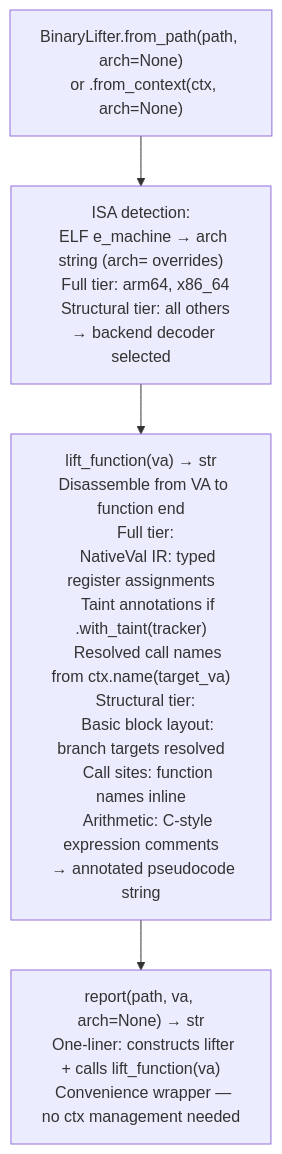
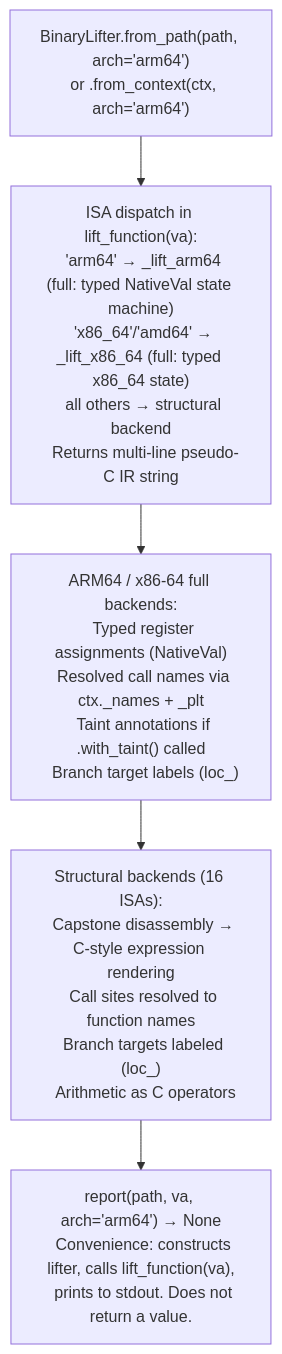
One commit to Ablation-Tool/ablation changed the diagram in docs/reference-modules/binary-lifting.md. Above: the diagram before and after it, drawn with Mermaid. The commit also changed other lines of this file and 8 other files, not shown here.

````diff
--- a/docs/reference-modules/binary-lifting.md
+++ b/docs/reference-modules/binary-lifting.md
@@ -19,6 +19,7 @@
 ```mermaid
 flowchart TD
-    A["BinaryLifter.from_path(path, arch=None)\n  or .from_context(ctx, arch=None)"] --> B["ISA detection:\n  ELF e_machine → arch string (arch= overrides)\n  Full tier: arm64, x86_64\n  Structural tier: all others\n  → backend decoder selected"]
-    B --> C["lift_function(va) → str\n  Disassemble from VA to function end\n  Full tier:\n    NativeVal IR: typed register assignments\n    Taint annotations if .with_taint(tracker)\n    Resolved call names from ctx.name(target_va)\n  Structural tier:\n    Basic block layout: branch targets resolved\n    Call sites: function names inline\n    Arithmetic: C-style expression comments\n  → annotated pseudocode string"]
-    C --> D["report(path, va, arch=None) → str\n  One-liner: constructs lifter + calls lift_function(va)\n  Convenience wrapper — no ctx management needed"]
+    A["BinaryLifter.from_path(path, arch='arm64')\n  or .from_context(ctx, arch='arm64')"] --> B["ISA dispatch in lift_function(va):\n  'arm64' → _lift_arm64 (full: typed NativeVal state machine)\n  'x86_64'/'amd64' → _lift_x86_64 (full: typed x86_64 state)\n  all others → structural backend\n  Returns multi-line pseudo-C IR string"]
+    B --> C["ARM64 / x86-64 full backends:\n  Typed register assignments (NativeVal)\n  Resolved call names via ctx._names + _plt\n  Taint annotations if .with_taint() called\n  Branch target labels (loc_<va>)"]
+    C --> D["Structural backends (16 ISAs):\n  Capstone disassembly → C-style expression rendering\n  Call sites resolved to function names\n  Branch targets labeled (loc_<va>)\n  Arithmetic as C operators"]
+    D --> E["report(path, va, arch='arm64') → None\n  Convenience: constructs lifter, calls lift_function(va),\n  prints to stdout. Does not return a value."]
 ```
````
